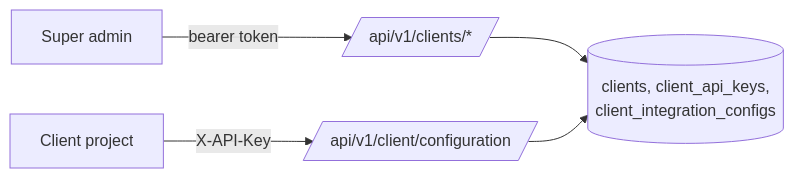
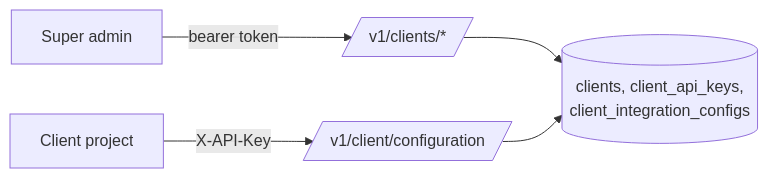
Before and after one commit to Manilvc/everycred-integration-service: the first of 2 diagrams in docs/features/clients.md, drawn with Mermaid. The commit also changed other lines of this file and 33 other files, not shown here.

````diff
--- a/docs/features/clients.md
+++ b/docs/features/clients.md
@@ -14,7 +14,7 @@
 ```mermaid
 flowchart LR
-    SA[Super admin] -- bearer token --> A[/api/v1/clients/*/]
+    SA[Super admin] -- bearer token --> A[/v1/clients/*/]
     A --> DB[(clients, client_api_keys,<br/>client_integration_configs)]
-    C[Client project] -- X-API-Key --> B[/api/v1/client/configuration/]
+    C[Client project] -- X-API-Key --> B[/v1/client/configuration/]
     B --> DB
 ```
````
